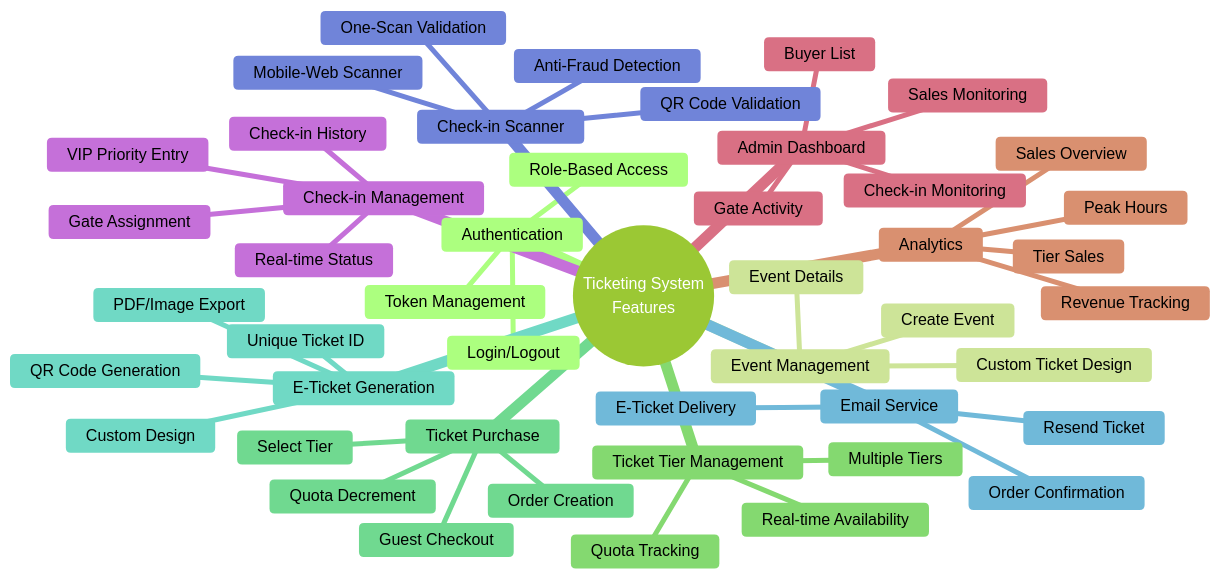
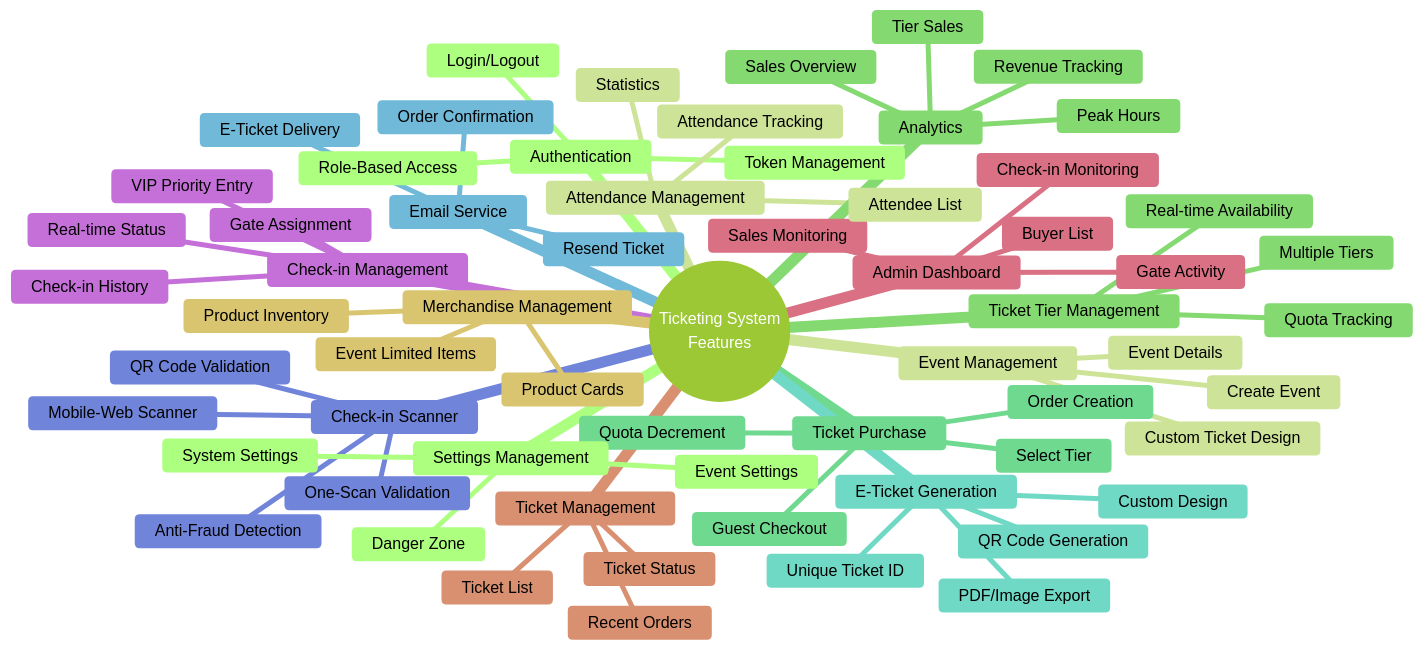
One commit to Gilabs-Studio/webapp-ticket-konser changed the third of 13 diagrams in docs/PROJECT_DIAGRAMS.md. Above: the diagram before and after it, drawn with Mermaid (forest theme). The commit also changed other lines of this file and 23 other files, not shown here.

Commit message:
feat(admin): implement admin route protection and role-based access; add new admin layout and pages for attendance, merchandise, settings, and tickets; update login redirection and menu links to reflect new routing structure

````diff
--- a/docs/PROJECT_DIAGRAMS.md
+++ b/docs/PROJECT_DIAGRAMS.md
@@ -109,50 +122,66 @@
 ```mermaid
 mindmap
   root((Ticketing System<br/>Features))
     Authentication
       Login/Logout
       Token Management
       Role-Based Access
     Event Management
       Create Event
       Event Details
       Custom Ticket Design
     Ticket Tier Management
       Multiple Tiers
       Quota Tracking
       Real-time Availability
     Ticket Purchase
       Select Tier
       Guest Checkout
       Order Creation
       Quota Decrement
     E-Ticket Generation
       Unique Ticket ID
       QR Code Generation
       Custom Design
       PDF/Image Export
     Email Service
       Order Confirmation
       E-Ticket Delivery
       Resend Ticket
     Check-in Scanner
       Mobile-Web Scanner
       QR Code Validation
       One-Scan Validation
       Anti-Fraud Detection
     Check-in Management
       Real-time Status
       Gate Assignment
       VIP Priority Entry
       Check-in History
     Admin Dashboard
       Sales Monitoring
       Check-in Monitoring
       Gate Activity
       Buyer List
+    Ticket Management
+      Ticket List
+      Ticket Status
+      Recent Orders
+    Merchandise Management
+      Product Inventory
+      Product Cards
+      Event Limited Items
+    Settings Management
+      Event Settings
+      System Settings
+      Danger Zone
+    Attendance Management
+      Attendee List
+      Attendance Tracking
+      Statistics
     Analytics
       Sales Overview
       Peak Hours
       Tier Sales
       Revenue Tracking
 ```
````
